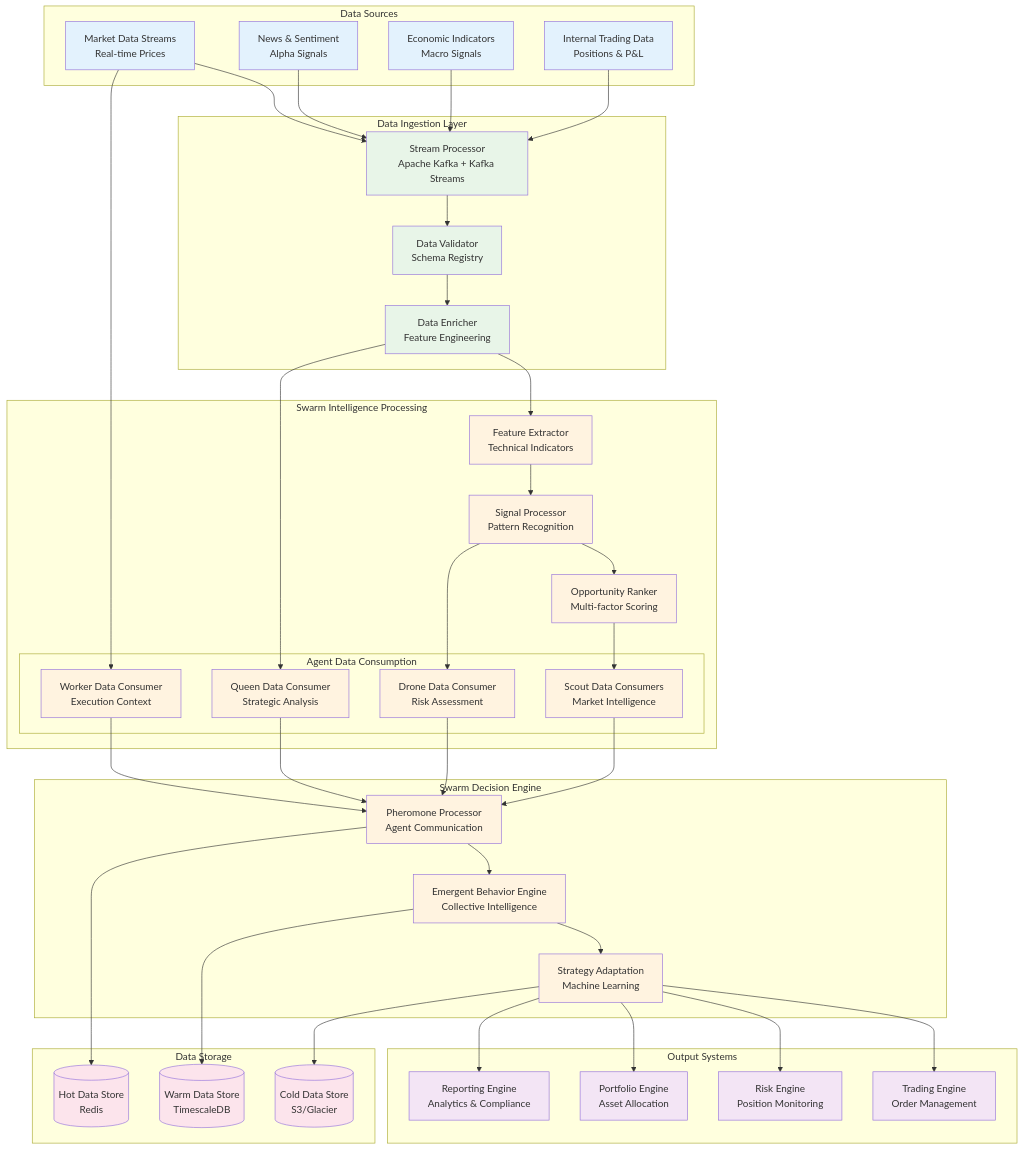
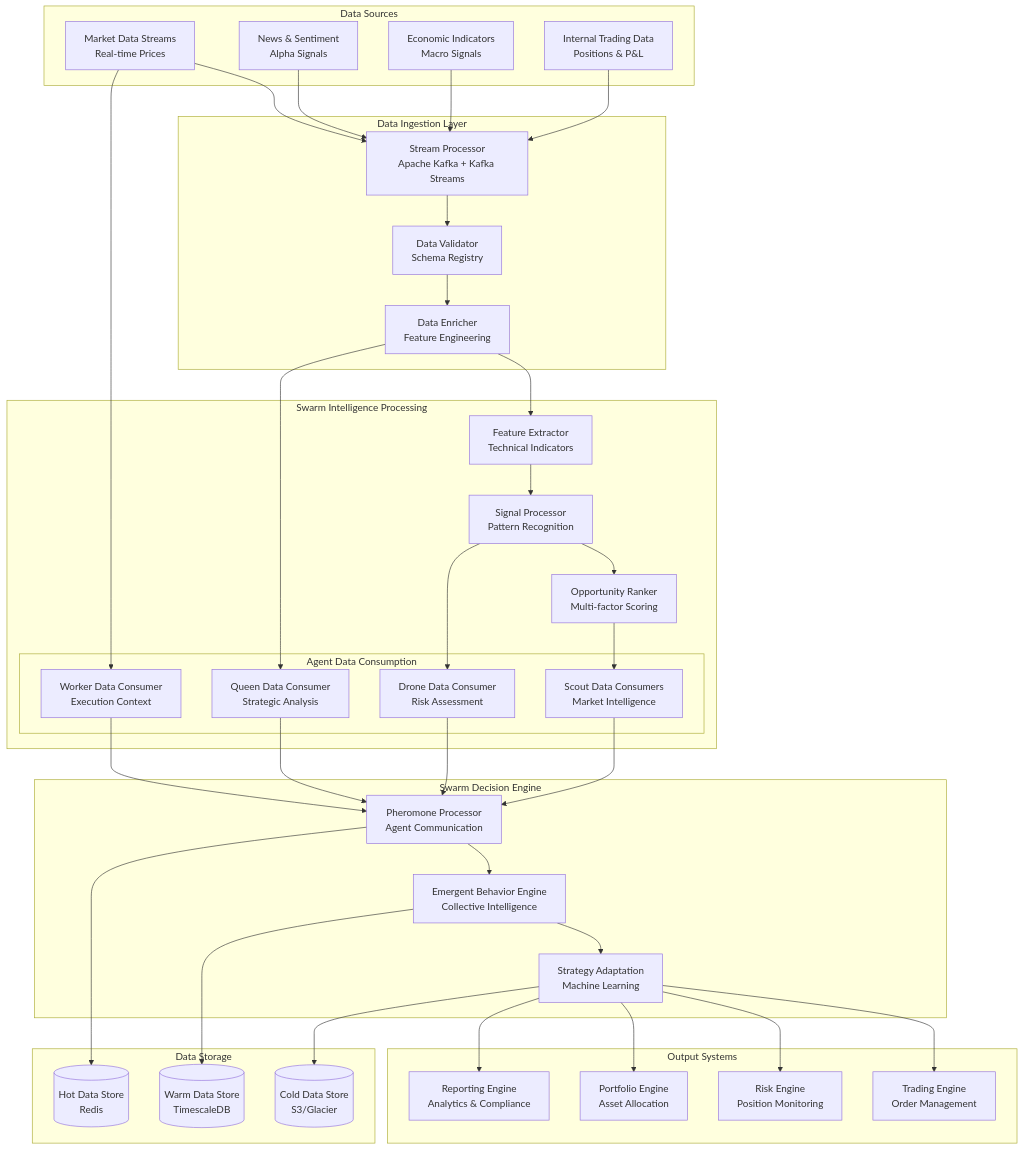
Before and after one commit to petewilburn/Python-Programs-for-Fun-and-Education: the fourth of 12 diagrams in src/Python_Programs/Hierarchical_Swarm_Enterprise_Architecture.md, drawn with Mermaid. The commit also changed other lines of this file and 3 other files, not shown here.

Commit message:
Remove all Mermaid styling for better dark mode compatibility

````diff
--- a/src/Python_Programs/Hierarchical_Swarm_Enterprise_Architecture.md
+++ b/src/Python_Programs/Hierarchical_Swarm_Enterprise_Architecture.md
@@ -360,15 +334,4 @@
     StrategyAdaptation --> ColdData
     
     %% Styling
-    classDef source fill:#e3f2fd
-    classDef ingestion fill:#e8f5e8
-    classDef swarm fill:#fff3e0
-    classDef output fill:#f3e5f5
-    classDef storage fill:#fce4ec
-    
-    class MarketData,NewsFeeds,EconData,InternalData source
-    class StreamProcessor,DataValidator,DataEnricher ingestion
-    class FeatureExtractor,SignalProcessor,OpportunityRanker,ScoutConsumers,QueenConsumer,WorkerConsumer,DroneConsumer,PheromoneProcessor,EmergentBehavior,StrategyAdaptation swarm
-    class TradingEngine,RiskEngine,PortfolioEngine,ReportingEngine output
-    class HotData,WarmData,ColdData storage
 ```
````
